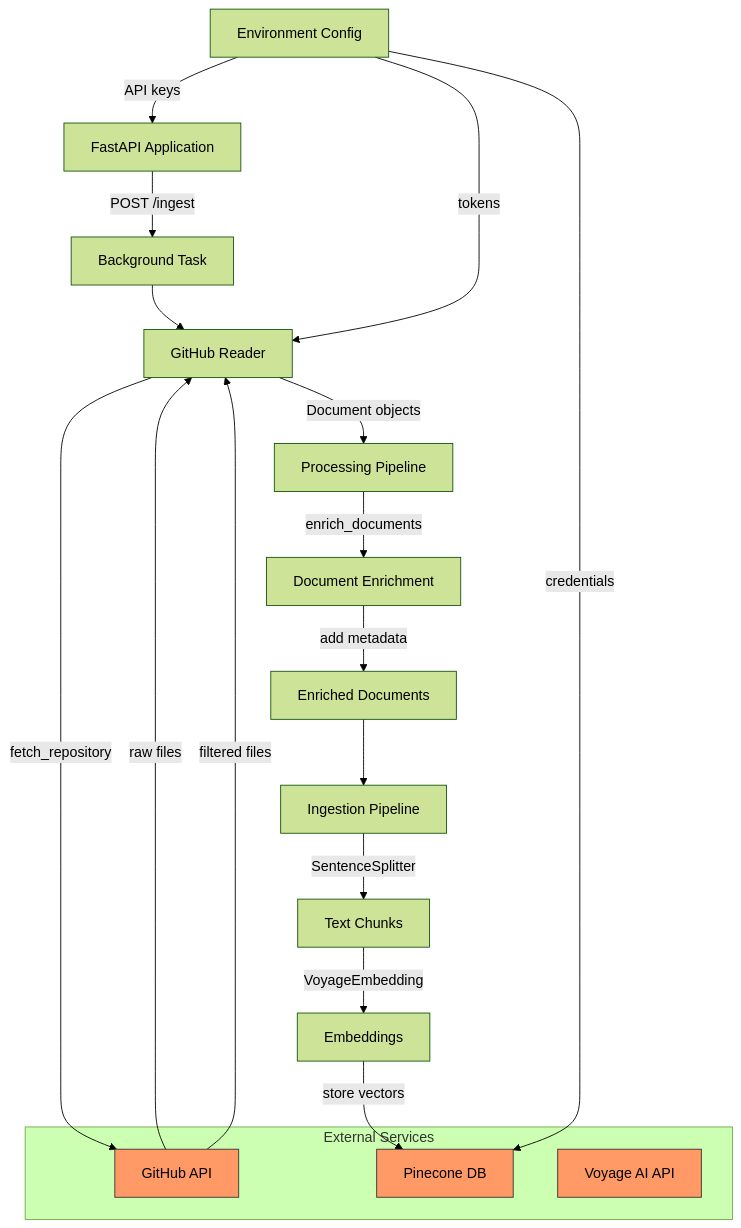
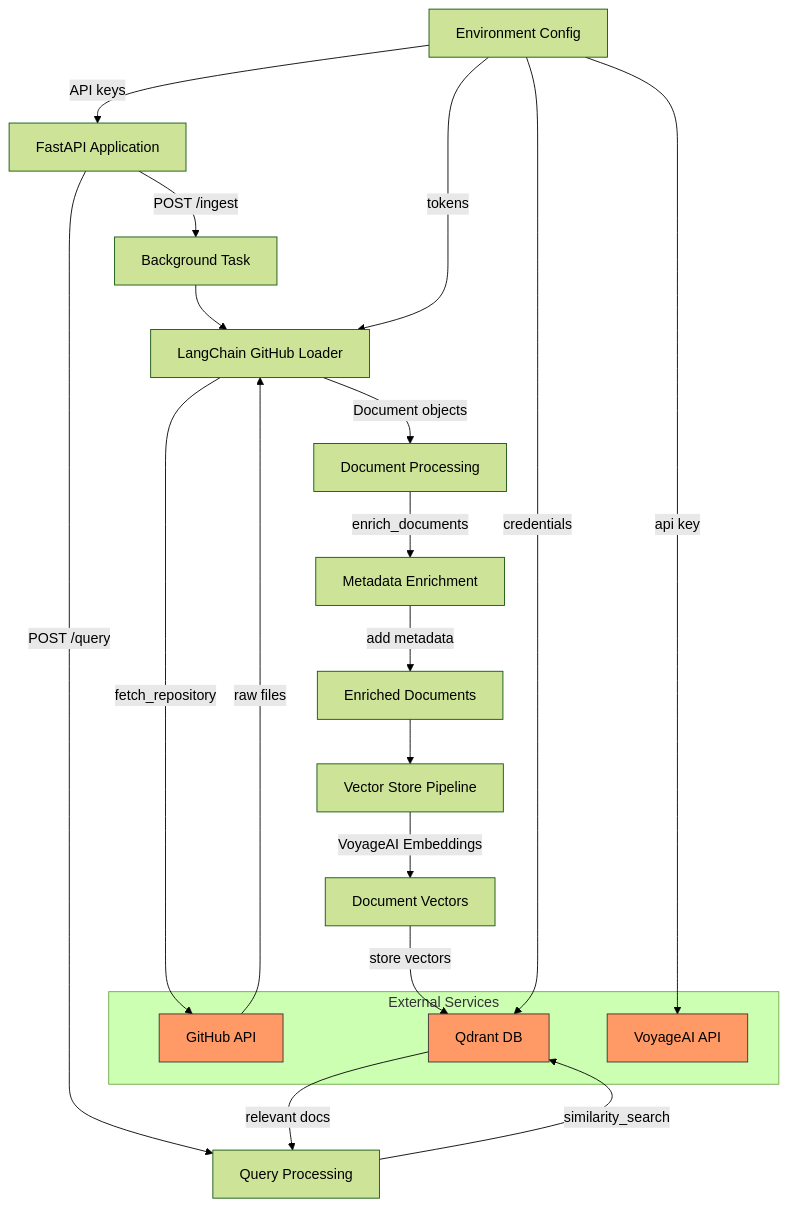
Before and after one commit to syntax-sherlock/libscribe: the diagram in README.md, drawn with Mermaid (forest theme). The commit also changed other lines of this file, not shown here.

Commit message:
feat: update architecture diagram and README for ingestion and query processes

````diff
--- a/README.md
+++ b/README.md
@@ -13,38 +13,42 @@
 ```mermaid
 graph TD
     %% API Layer
     A[FastAPI Application] --> |POST /ingest| B[Background Task]
+    A --> |POST /query| Q[Query Processing]
 
     %% Ingestion Layer
-    B --> C[GitHub Reader]
+    B --> C[LangChain GitHub Loader]
     C --> |fetch_repository| D[GitHub API]
     D --> |raw files| C
-    C --> |Document objects| E[Processing Pipeline]
+    C --> |Document objects| E[Document Processing]
 
     %% Processing Layer
-    E --> |enrich_documents| F[Document Enrichment]
+    E --> |enrich_documents| F[Metadata Enrichment]
     F --> |add metadata| G[Enriched Documents]
 
     %% Storage Layer
-    G --> H[Ingestion Pipeline]
-    H --> |SentenceSplitter| I[Text Chunks]
-    I --> |VoyageEmbedding| J[Embeddings]
-    J --> |store vectors| K[Pinecone DB]
+    G --> H[Vector Store Pipeline]
+    H --> |VoyageAI Embeddings| J[Document Vectors]
+    J --> |store vectors| K[Qdrant DB]
+
+    %% Query Layer
+    Q --> |similarity_search| K
+    K --> |relevant docs| Q
 
     %% External Services
-    D --> |filtered files| C
     subgraph External Services
         D[GitHub API]
-        L[Voyage AI API]
-        K[Pinecone DB]
+        V[VoyageAI API]
+        K[Qdrant DB]
     end
 
     %% Configurations
     M[Environment Config] --> |API keys| A
     M --> |tokens| C
     M --> |credentials| K
+    M --> |api key| V
 
     %% Data Flow Notes
     classDef external fill:#f96,stroke:#333
-    class D,L,K external
+    class D,V,K external
 ```
````
